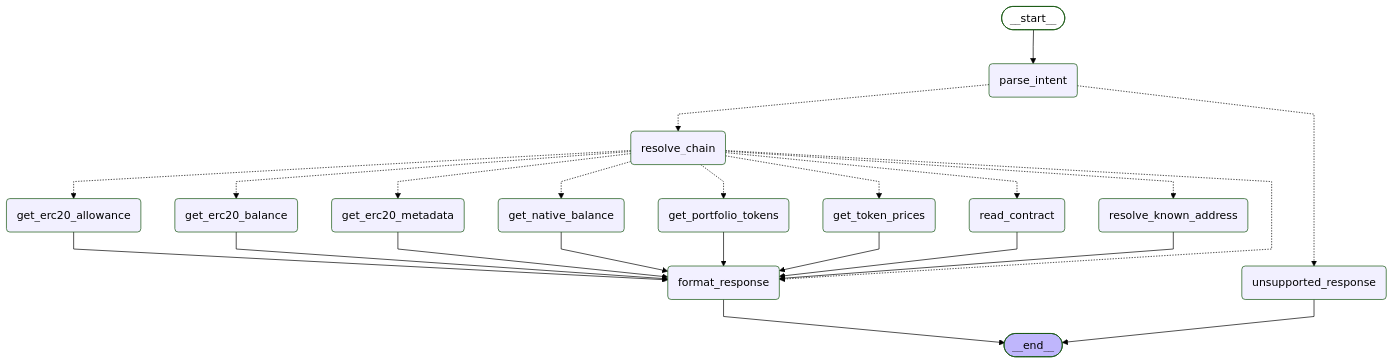
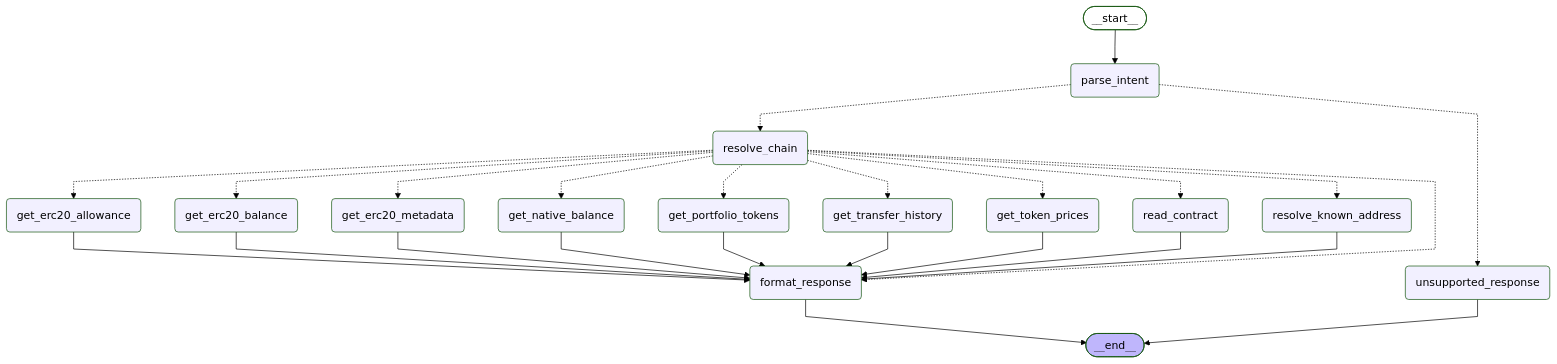
The diagram in docs/graphs/mercury_read.mmd (agentic-pantheon/mercury-agentic-wallet), drawn with Mermaid (forest theme) before and after one commit. The commit also changed 21 other files, not shown here.

Commit message:
Add Alchemy transfer history reads

```diff
--- a/docs/graphs/mercury_read.mmd
+++ b/docs/graphs/mercury_read.mmd
@@ -1,45 +1,48 @@
 ---
 config:
   flowchart:
     curve: linear
 ---
 graph TD;
 	__start__([<p>__start__</p>]):::first
 	parse_intent(parse_intent)
 	resolve_chain(resolve_chain)
 	unsupported_response(unsupported_response)
 	get_native_balance(get_native_balance)
 	get_erc20_balance(get_erc20_balance)
 	get_erc20_allowance(get_erc20_allowance)
 	get_erc20_metadata(get_erc20_metadata)
 	read_contract(read_contract)
 	resolve_known_address(resolve_known_address)
 	get_token_prices(get_token_prices)
 	get_portfolio_tokens(get_portfolio_tokens)
+	get_transfer_history(get_transfer_history)
 	format_response(format_response)
 	__end__([<p>__end__</p>]):::last
 	__start__ --> parse_intent;
 	get_erc20_allowance --> format_response;
 	get_erc20_balance --> format_response;
 	get_erc20_metadata --> format_response;
 	get_native_balance --> format_response;
 	get_portfolio_tokens --> format_response;
+	get_transfer_history --> format_response;
 	get_token_prices --> format_response;
 	parse_intent -.-> resolve_chain;
 	parse_intent -.-> unsupported_response;
 	read_contract --> format_response;
 	resolve_known_address --> format_response;
 	resolve_chain -.-> format_response;
 	resolve_chain -.-> get_erc20_allowance;
 	resolve_chain -.-> get_erc20_balance;
 	resolve_chain -.-> get_erc20_metadata;
 	resolve_chain -.-> get_native_balance;
 	resolve_chain -.-> get_portfolio_tokens;
 	resolve_chain -.-> get_token_prices;
+	resolve_chain -.-> get_transfer_history;
 	resolve_chain -.-> read_contract;
 	resolve_chain -.-> resolve_known_address;
 	format_response --> __end__;
 	unsupported_response --> __end__;
 	classDef default fill:#f2f0ff,line-height:1.2
 	classDef first fill-opacity:0
 	classDef last fill:#bfb6fc
```
